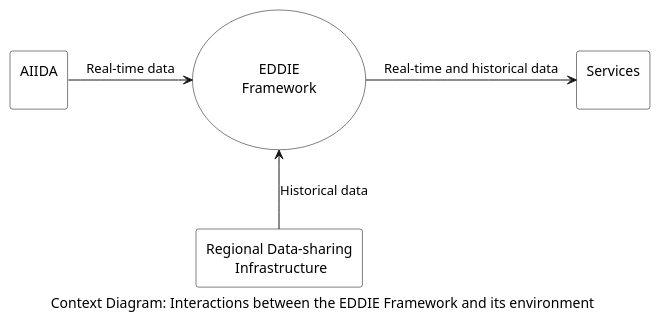
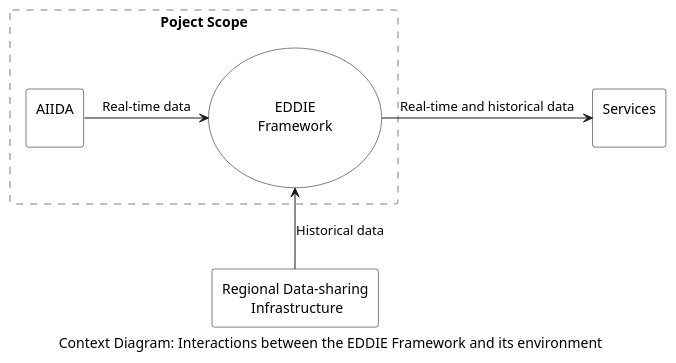
Before and after one commit to eddie-energy/architecture: the diagram in arc42/03-context-and-scope/figures/context-diagram.puml, drawn with PlantUML. The commit also changed 1 other file, not shown here.

Commit message:
Add project scope in context diagram

```diff
--- a/arc42/03-context-and-scope/figures/context-diagram.puml
+++ b/arc42/03-context-and-scope/figures/context-diagram.puml
@@ -1,28 +1,31 @@
 @startuml context-diagram
 'context diagram
 caption Context Diagram: Interactions between the EDDIE Framework and its environment
 
 ' skinparam linetype ortho
 skinparam usecase {
   BorderColor black
   BackgroundColor transparent
 }
 skinparam rectangle {
   BorderColor black
   BackgroundColor transparent
 }
 
-usecase "\n\nEDDIE\nFramework\n\n" as eddie 
-' #ffbd38
+rectangle "Poject Scope" #line:Gray;line.dashed {
+
+  usecase "\n\nEDDIE\nFramework\n\n" as eddie
+  ' #52cbff
+  rectangle "AIIDA\n" as aiida
+  ' #ffbd38
+}
 rectangle "Regional Data-sharing\n\tInfrastructure" as energy
-' #52cbff
-rectangle "AIIDA\n" as aiida
 ' #7aff83
 rectangle "Services\n" as services
 ' #ff52ab
 
 aiida -right-> eddie :Real-time data
 energy -up-> eddie :Historical data
 eddie -right-> services :Real-time and historical data
 
 @enduml
```
